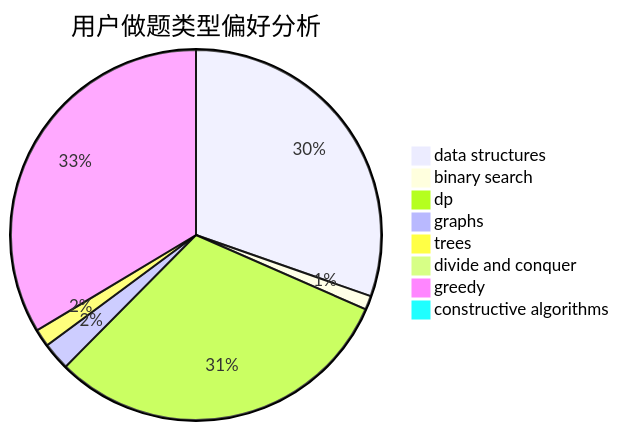
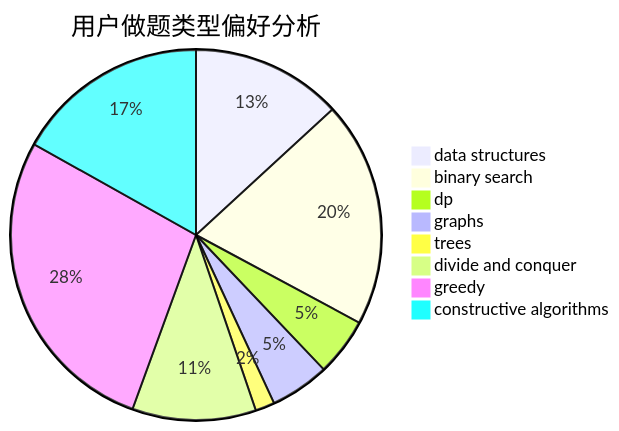
The second of 3 diagrams in docs/user/u1261.md (sherpahu/cfrs.github.io), drawn with Mermaid before and after one commit. The commit also changed other lines of this file and 2770 other files, not shown here.

````diff
--- a/docs/user/u1261.md
+++ b/docs/user/u1261.md
@@ -23,11 +23,11 @@
 ```mermaid
 pie title 用户做题类型偏好分析
-    "data structures" :  374
-    "binary search" :  15
-    "dp" :  380
-    "graphs" :  30
-    "trees" :  19
-    "divide and conquer" :  0
-    "greedy" :  414
-    "constructive algorithms" :  12
+    "data structures" :  117
+    "binary search" :  175
+    "dp" :  45
+    "graphs" :  46
+    "trees" :  15
+    "divide and conquer" :  96
+    "greedy" :  245
+    "constructive algorithms" :  150
 ```
````
